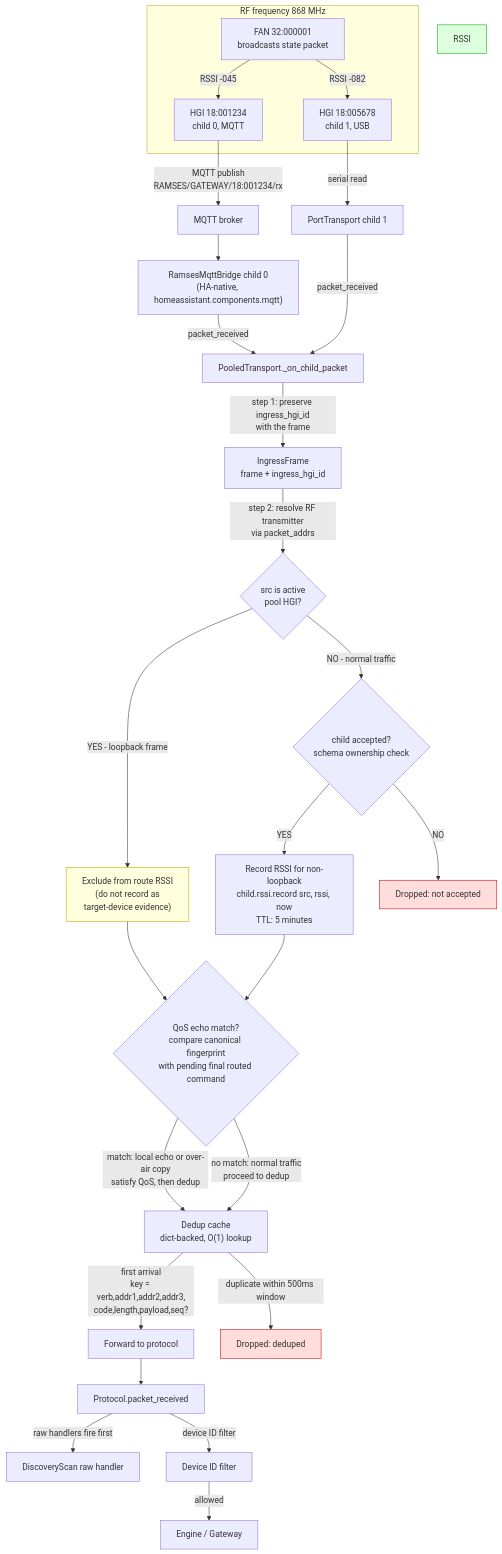
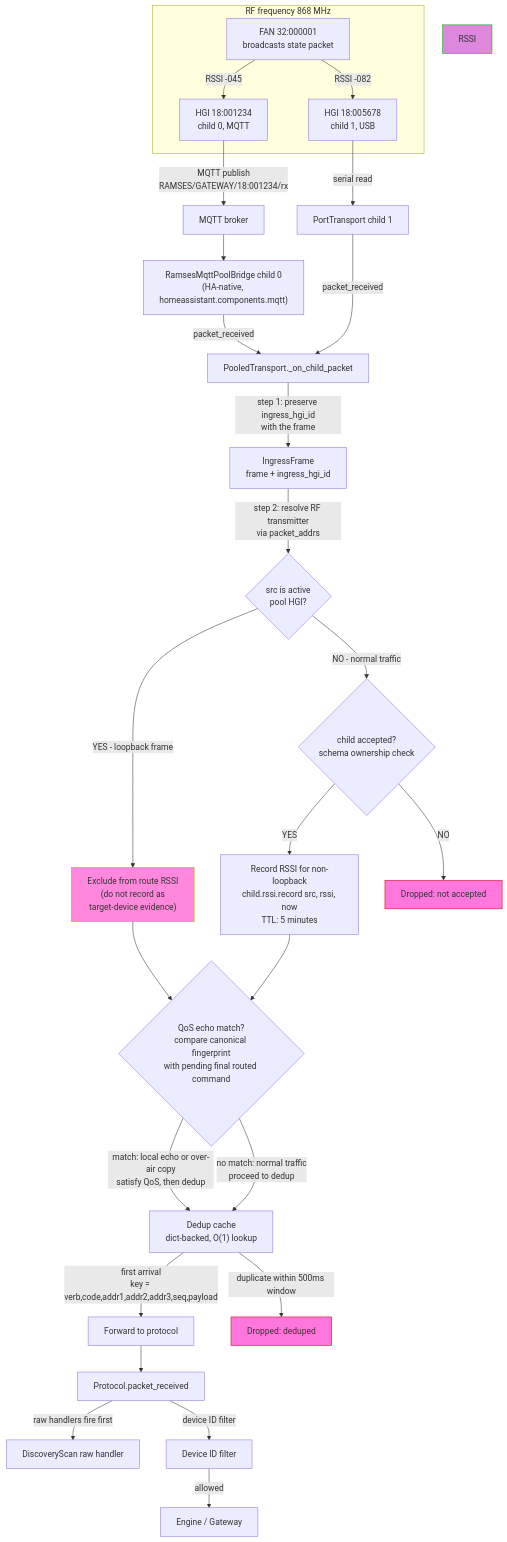
The diagram in docs/diagrams/01_inbound_dedup.md (silverailscolo/ramses_cc), drawn with Mermaid before and after one commit. The commit also changed other lines of this file and 6 other files, not shown here.

First line of the commit message:
docs: improve diagram color contrast, fix dedup key and puzzle code

````diff
--- a/docs/diagrams/01_inbound_dedup.md
+++ b/docs/diagrams/01_inbound_dedup.md
@@ -3,43 +3,43 @@
 ```mermaid
 flowchart TD
     FAN["FAN 32:000001<br/>broadcasts state packet"]
 
     subgraph RF["RF frequency 868 MHz"]
         FAN -->|"RSSI -045"| HGI1["HGI 18:001234<br/>child 0, MQTT"]
         FAN -->|"RSSI -082"| HGI2["HGI 18:005678<br/>child 1, USB"]
     end
 
     HGI1 -->|"MQTT publish<br/>RAMSES/GATEWAY/18:001234/rx"| MQTT["MQTT broker"]
-    MQTT --> MqttBridge0["RamsesMqttBridge child 0<br/>(HA-native, homeassistant.components.mqtt)"]
+    MQTT --> MqttBridge0["RamsesMqttPoolBridge child 0<br/>(HA-native, homeassistant.components.mqtt)"]
     HGI2 -->|"serial read"| PortTransport1["PortTransport child 1"]
 
     MqttBridge0 -->|"packet_received"| Pool["PooledTransport._on_child_packet"]
     PortTransport1 -->|"packet_received"| Pool
 
     Pool -->|"step 1: preserve ingress_hgi_id<br/>with the frame"| Provenance["IngressFrame<br/>frame + ingress_hgi_id"]
     Provenance -->|"step 2: resolve RF transmitter<br/>via packet_addrs"| LoopCheck{"src is active<br/>pool HGI?"}
     LoopCheck -->|"NO - normal traffic"| AcceptCheck{"child accepted?<br/>schema ownership check"}
     LoopCheck -->|"YES - loopback frame"| LoopTag["Exclude from route RSSI<br/>(do not record as<br/>target-device evidence)"]
 
     AcceptCheck -->|"YES"| RecordRSSI["Record RSSI for non-loopback<br/>child.rssi.record src, rssi, now<br/>TTL: 5 minutes"]
     AcceptCheck -->|"NO"| Drop["Dropped: not accepted"]
 
     LoopTag --> EchoCheck{"QoS echo match?<br/>compare canonical fingerprint<br/>with pending final routed command"}
     RecordRSSI --> EchoCheck
 
     EchoCheck -->|"match: local echo or over-air copy<br/>satisfy QoS, then dedup"| Dedup["Dedup cache<br/>dict-backed, O(1) lookup"]
     EchoCheck -->|"no match: normal traffic<br/>proceed to dedup"| Dedup
 
-    Dedup -->|"first arrival<br/>key = verb,addr1,addr2,addr3,<br/>code,length,payload,seq?"| Forward["Forward to protocol"]
+    Dedup -->|"first arrival<br/>key = verb,code,addr1,addr2,addr3,seq,payload"| Forward["Forward to protocol"]
     Dedup -->|"duplicate within 500ms window"| DedupDrop["Dropped: deduped"]
 
     Forward --> Proto["Protocol.packet_received"]
     Proto -->|"raw handlers fire first"| Scan["DiscoveryScan raw handler"]
     Proto -->|"device ID filter"| Filter["Device ID filter"]
     Filter -->|"allowed"| Engine["Engine / Gateway"]
 
-    style DedupDrop fill:#fdd,stroke:#c00
-    style Drop fill:#fdd,stroke:#c00
-    style RSSI fill:#dfd,stroke:#0a0
-    style LoopTag fill:#ffd,stroke:#aa0
+    style DedupDrop fill:#f7d,stroke:#c00
+    style Drop fill:#f7d,stroke:#c00
+    style RSSI fill:#d8d,stroke:#0a0
+    style LoopTag fill:#f8d,stroke:#aa0
 ```
````
